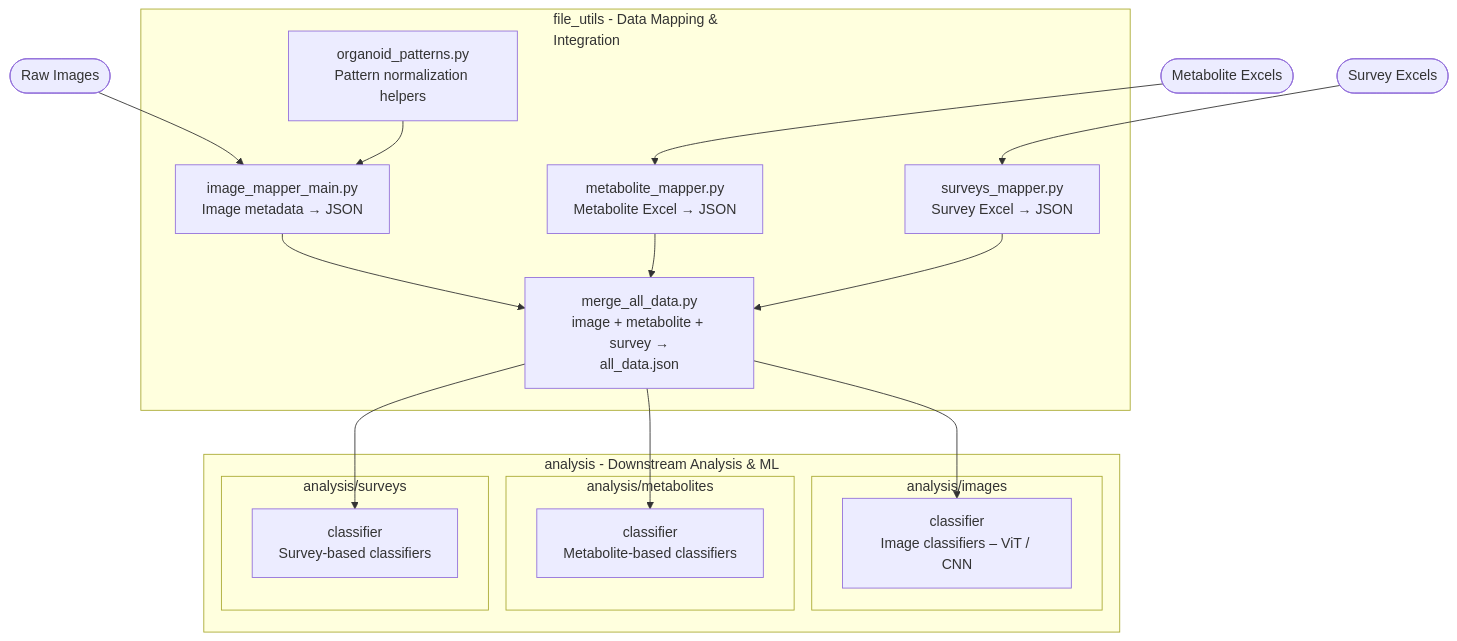
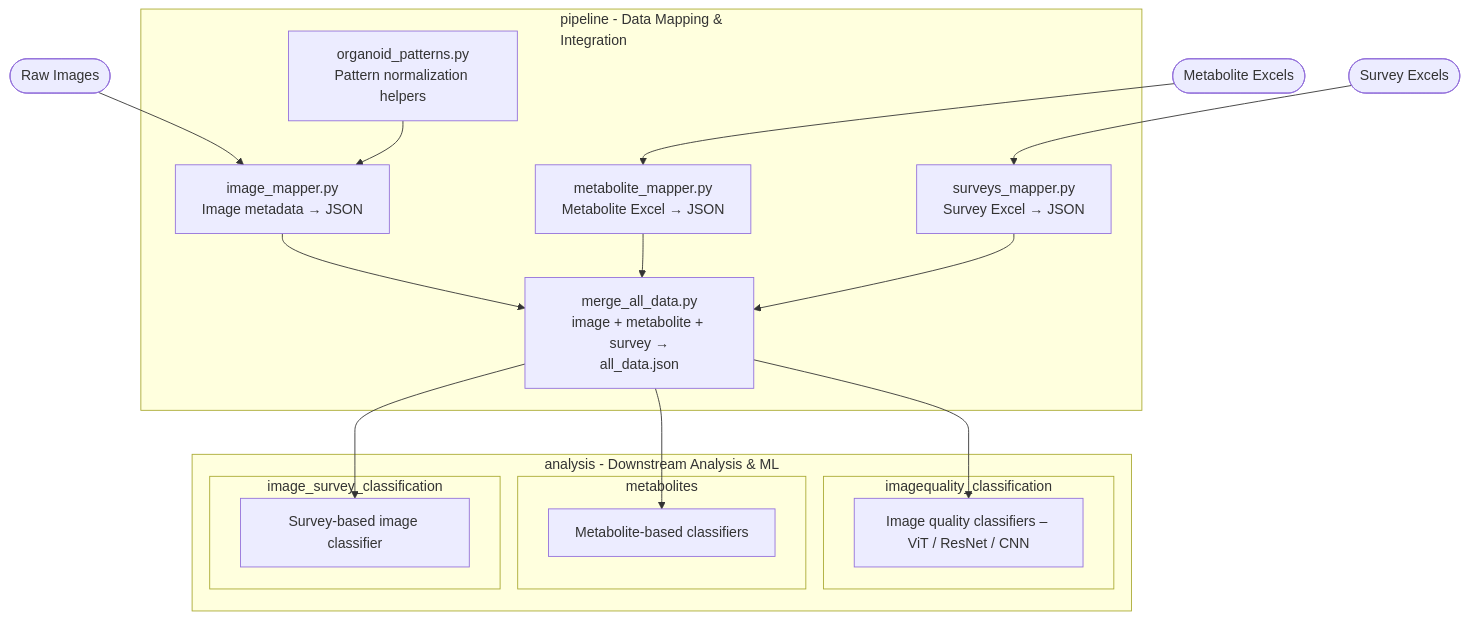
The diagram in README.md (dsi-clinic/2025-promega-mini-test), drawn with Mermaid before and after one commit. The commit also changed other lines of this file and 2030 other files, not shown here.

First line of the commit message:
Restructure codebase into pipeline/ and analysis/, reorganize data layout

````diff
--- a/README.md
+++ b/README.md
@@ -127,45 +127,45 @@
 ```mermaid
 flowchart TD
     %% ========= INPUT STAGE ========= %%
     A1([Raw Images])
     A2([Metabolite Excels])
     A3([Survey Excels])
 
     %% ========= FILE_UTILS PROCESSING ========= %%
-    subgraph B[file_utils - Data Mapping &<br/>Integration]
-        B1[image_mapper_main.py<br/>Image metadata → JSON]
+    subgraph B[pipeline - Data Mapping &<br/>Integration]
+        B1[image_mapper.py<br/>Image metadata → JSON]
         B1b[organoid_patterns.py<br/>Pattern normalization helpers]
         B2[metabolite_mapper.py<br/>Metabolite Excel → JSON]
         B3[surveys_mapper.py<br/>Survey Excel → JSON]
         B4[merge_all_data.py<br/>image + metabolite + survey →<br/>all_data.json]
     end
 
     %% ========= ANALYSIS PIPELINE ========= %%
     subgraph C[analysis - Downstream Analysis & ML]
-        subgraph C1[analysis/images]
-            C10[classifier<br/>Image classifiers – ViT / CNN]
+        subgraph C1[imagequality_classification]
+            C10[Image quality classifiers – ViT / ResNet / CNN]
         end
 
-        subgraph C2[analysis/metabolites]
-            C20[classifier<br/>Metabolite-based classifiers]
+        subgraph C2[metabolites]
+            C20[Metabolite-based classifiers]
         end
 
-        subgraph C3[analysis/surveys]
-            C30[classifier<br/>Survey-based classifiers]
+        subgraph C3[image_survey_classification]
+            C30[Survey-based image classifier]
         end
     end
 
     %% ========= DATA FLOW ========= %%
     A1 --> B1
     B1b --> B1
     A2 --> B2
     A3 --> B3
     B1 --> B4
     B2 --> B4
     B3 --> B4
 
     %% From merged data to analyses
     B4 --> C10
     B4 --> C20
     B4 --> C30
 ```
````
